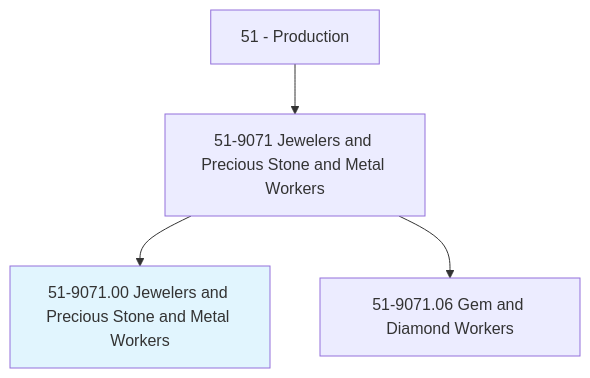
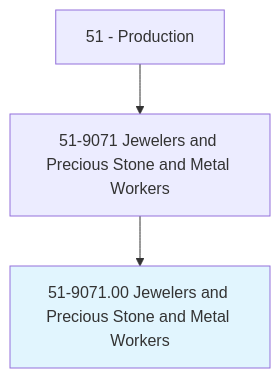
One commit to kziemski/business.org.ai changed the first of 4 diagrams in occupations/Production/JewelersAndPreciousStoneAndMetalWorkers.mdx. Above: the diagram before and after it, drawn with Mermaid. The commit also changed other lines of this file and 938 other files, not shown here.

````diff
--- a/occupations/Production/JewelersAndPreciousStoneAndMetalWorkers.mdx
+++ b/occupations/Production/JewelersAndPreciousStoneAndMetalWorkers.mdx
@@ -19,7 +23,6 @@
 ```mermaid
 graph TD
     Cat51["51 - Production"] --> Group519071["51-9071 Jewelers and Precious Stone and Metal Workers"]
     Group519071 --> Current["51-9071.00 Jewelers and Precious Stone and Metal Workers"]
     style Current fill:#e1f5fe
-    Group519071 --> V51907106["51-9071.06 Gem and Diamond Workers"]
 ```
````
